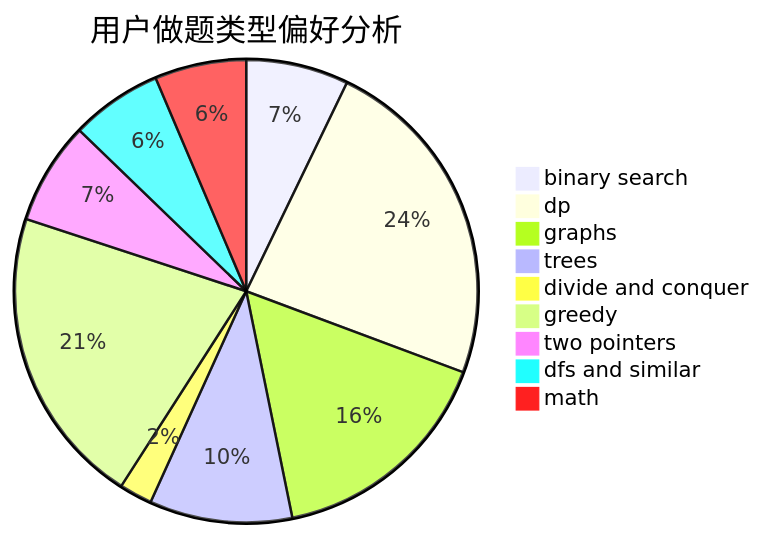
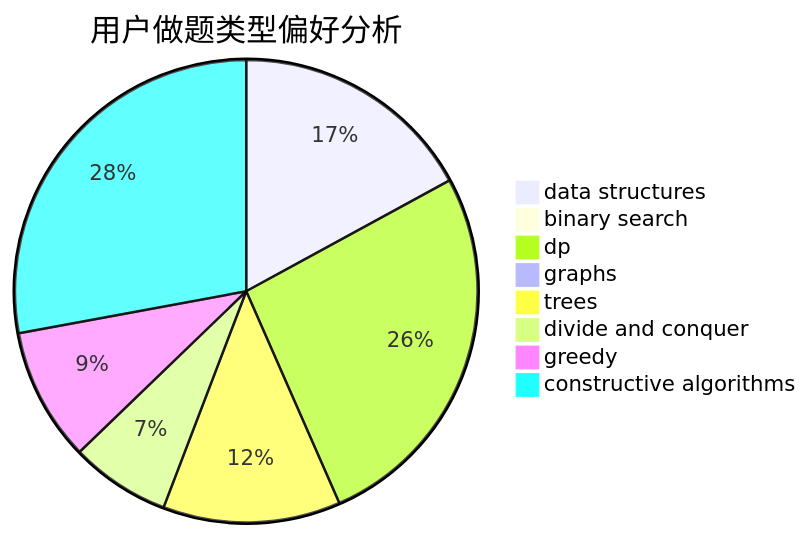
The second of 3 diagrams in docs/user/u2103.md (sherpahu/cfrs.github.io), drawn with Mermaid before and after one commit. The commit also changed other lines of this file and 2775 other files, not shown here.

````diff
--- a/docs/user/u2103.md
+++ b/docs/user/u2103.md
@@ -23,12 +23,11 @@
 ```mermaid
 pie title 用户做题类型偏好分析
-    "binary search" :  28
-    "dp" :  92
-    "graphs" :  63
-    "trees" :  39
+    "data structures" :  22
+    "binary search" :  0
+    "dp" :  34
+    "graphs" :  0
+    "trees" :  16
     "divide and conquer" :  9
-    "greedy" :  82
-    "two pointers" :  28
-    "dfs and similar" :  25
-    "math" :  25
+    "greedy" :  12
+    "constructive algorithms" :  36
 ```
````
